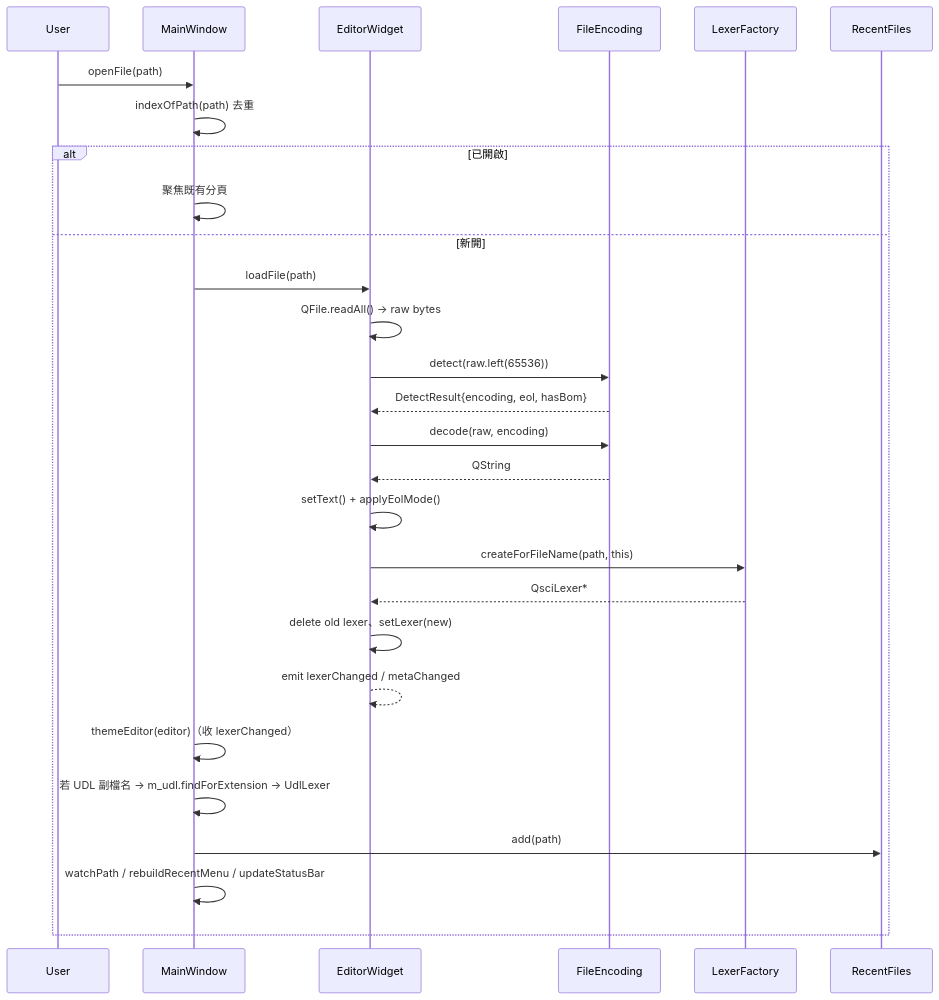
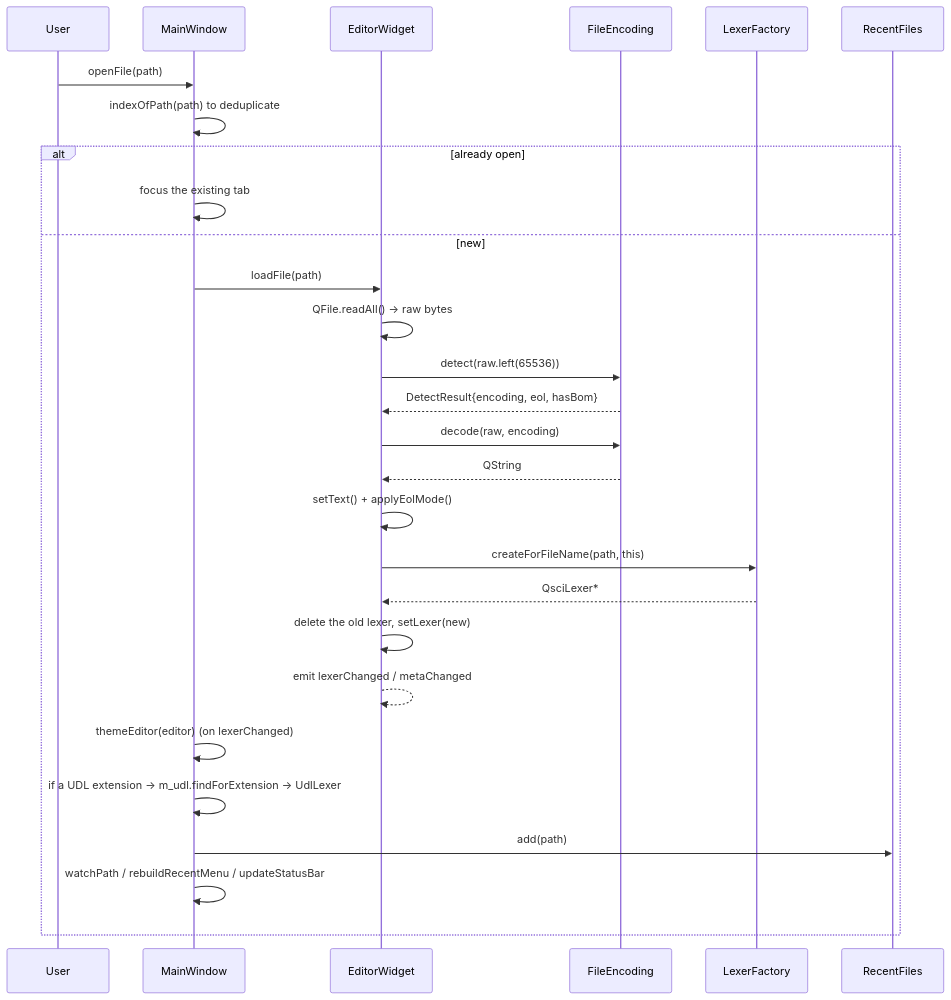
Before and after one commit to EddyKuo/macpadpp: diagram 11 of 23 in docs/design.md, drawn with Mermaid. The commit also changed other lines of this file and 24 other files, not shown here.

````diff
--- a/docs/design.md
+++ b/docs/design.md
@@ -648,31 +676,31 @@
 ```mermaid
 sequenceDiagram
     participant User
     participant MW as MainWindow
     participant EW as EditorWidget
     participant FE as FileEncoding
     participant LF as LexerFactory
     participant RF as RecentFiles
 
     User->>MW: openFile(path)
-    MW->>MW: indexOfPath(path) 去重
-    alt 已開啟
-        MW->>MW: 聚焦既有分頁
-    else 新開
+    MW->>MW: indexOfPath(path) to deduplicate
+    alt already open
+        MW->>MW: focus the existing tab
+    else new
         MW->>EW: loadFile(path)
         EW->>EW: QFile.readAll() → raw bytes
         EW->>FE: detect(raw.left(65536))
         FE-->>EW: DetectResult{encoding, eol, hasBom}
         EW->>FE: decode(raw, encoding)
         FE-->>EW: QString
         EW->>EW: setText() + applyEolMode()
         EW->>LF: createForFileName(path, this)
         LF-->>EW: QsciLexer*
-        EW->>EW: delete old lexer、setLexer(new)
+        EW->>EW: delete the old lexer, setLexer(new)
         EW-->>EW: emit lexerChanged / metaChanged
-        MW->>MW: themeEditor(editor)（收 lexerChanged）
-        MW->>MW: 若 UDL 副檔名 → m_udl.findForExtension → UdlLexer
+        MW->>MW: themeEditor(editor) (on lexerChanged)
+        MW->>MW: if a UDL extension → m_udl.findForExtension → UdlLexer
         MW->>RF: add(path)
         MW->>MW: watchPath / rebuildRecentMenu / updateStatusBar
     end
 ```
````
